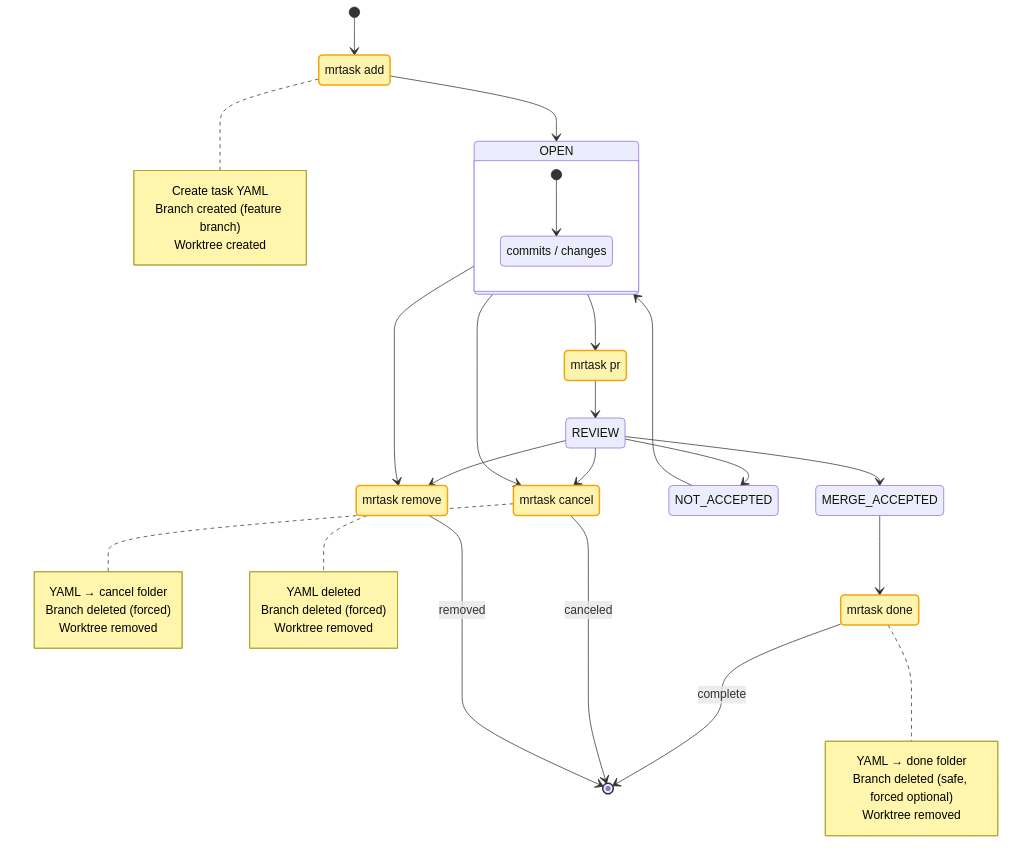
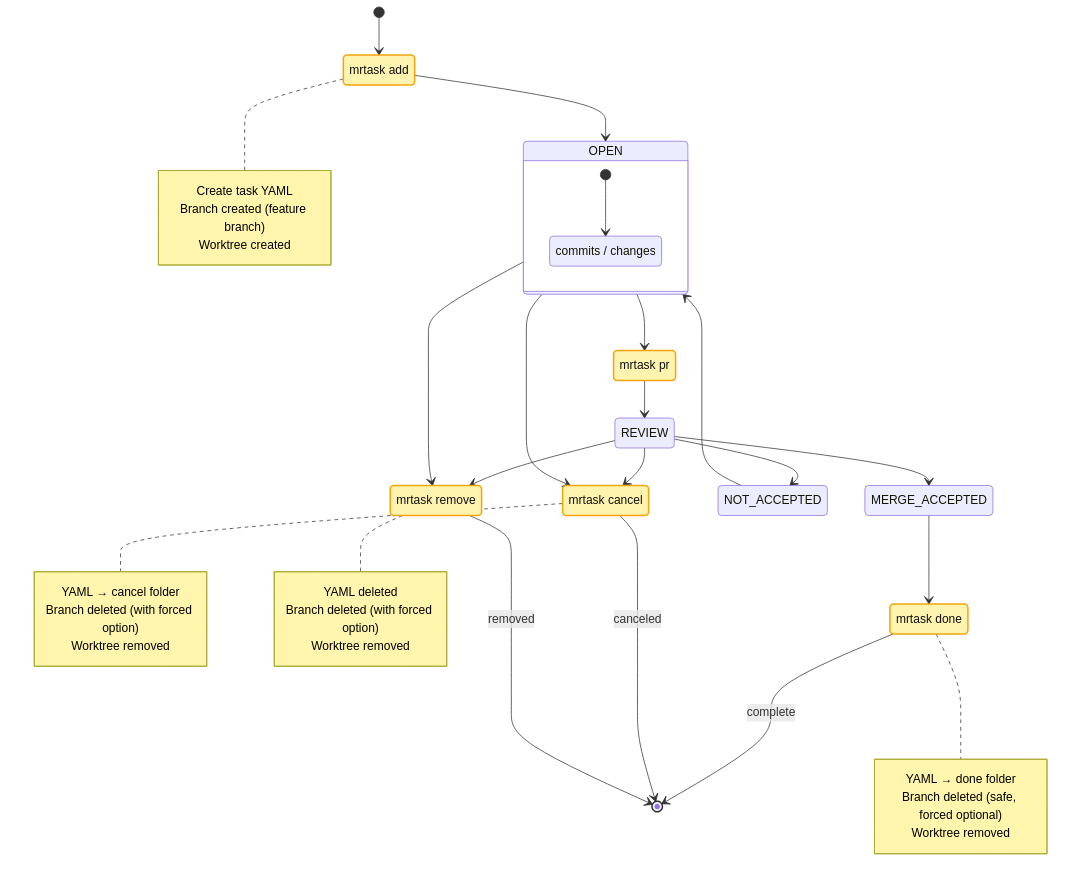
The first of 6 diagrams in README.md (kubohiroya/mrtask), drawn with Mermaid before and after one commit.

Commit message:
feat: enhance branch handling and add options for task lifecycle commands
- Added options for controlling branch deletion in `done`, `cancel`, and `remove` commands (`--keep-branch`, `--force-delete-branch`, `--delete-remote`, `--remote`).
- Improved default behavior for branch deletion (safe delete for `done`, forced delete for `cancel` and `remove`).
- Updated `done` and `remove` commands to provide clearer output on worktree and branch removal status.
- Enhanced tests to reflect the new options and behavior.
- Revised README with detailed documentation of updated commands and usage flows.
- Bumped package version to 0.6.2.

````diff
--- a/README.md
+++ b/README.md
@@ -31,66 +31,66 @@
 ```mermaid
 stateDiagram-v2
     classDef cmd fill:#FFF3B0,stroke:#F2A50C,stroke-width:2px,color:#111
 
     [*] --> CMD_ADD
     CMD_ADD: mrtask add
     class CMD_ADD cmd
 
     CMD_ADD --> OPEN
     state OPEN {
         [*] --> CODE_CHANGES
         CODE_CHANGES: commits / changes
     }
 
     OPEN --> CMD_PR
     CMD_PR: mrtask pr
     class CMD_PR cmd
 
     OPEN --> CMD_CANCEL
     OPEN --> CMD_REMOVE
 
     NOT_ACCEPTED --> OPEN
     REVIEW --> CMD_CANCEL
     REVIEW --> CMD_REMOVE
 
     CMD_PR --> REVIEW
     REVIEW --> MERGE_ACCEPTED
     REVIEW --> NOT_ACCEPTED
 
     MERGE_ACCEPTED --> CMD_DONE
     CMD_DONE: mrtask done
     class CMD_DONE cmd
 
     CMD_CANCEL: mrtask cancel
     class CMD_CANCEL cmd
     CMD_REMOVE: mrtask remove
     class CMD_REMOVE cmd
 
     CMD_DONE --> [*]: complete
     CMD_CANCEL --> [*]: canceled
     CMD_REMOVE --> [*]: removed
     
     note right of CMD_ADD
         Create task YAML
         Branch created (feature branch)
         Worktree created
     end note
 
     note right of CMD_DONE
         YAML → done folder
         Branch deleted (safe, forced optional)
         Worktree removed
     end note
 
     note right of CMD_CANCEL
         YAML → cancel folder
-        Branch deleted (forced)
+        Branch deleted (with forced option)
         Worktree removed
     end note
 
     note right of CMD_REMOVE
         YAML deleted
-        Branch deleted (forced)
+        Branch deleted (with forced option)
         Worktree removed
     end note
  ```
````
